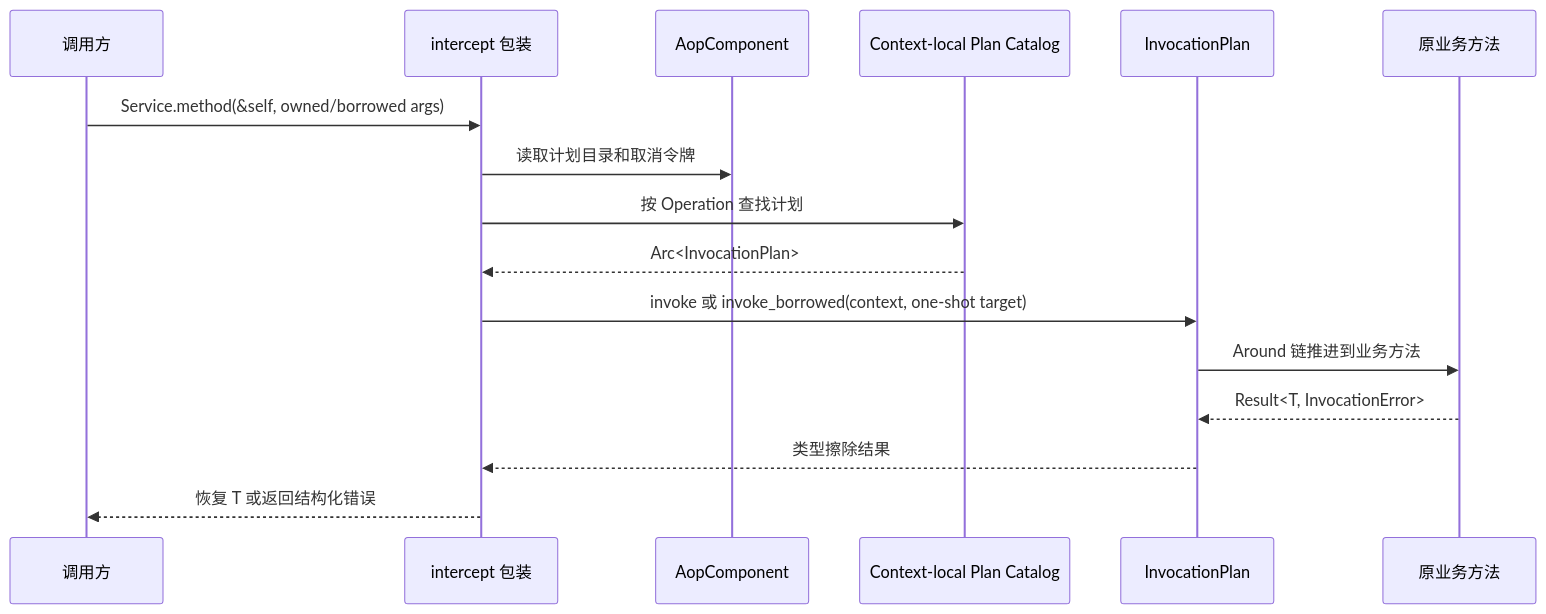
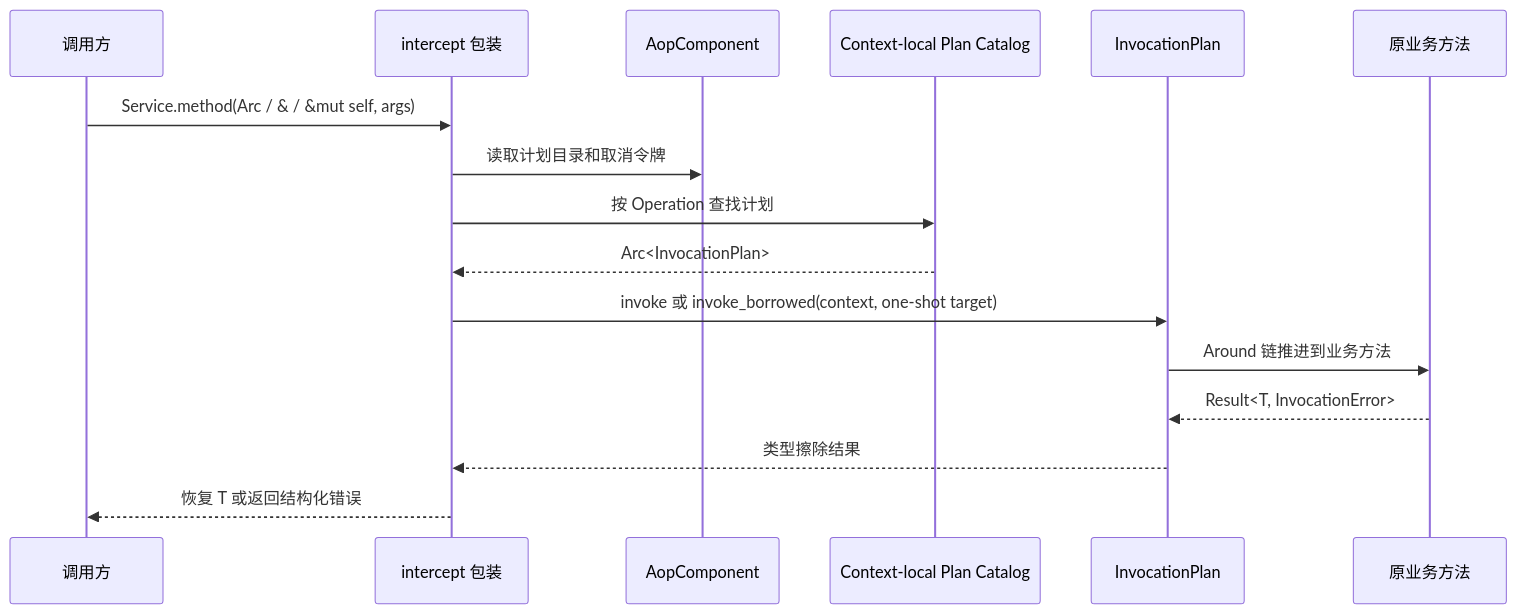
The tenth of 22 diagrams in docs/Vernal-Architecture.zh_CN.md (easy-4-rust/vernal), drawn with Mermaid before and after one commit. The commit also changed other lines of this file and 15 other files, not shown here.

````diff
--- a/docs/Vernal-Architecture.zh_CN.md
+++ b/docs/Vernal-Architecture.zh_CN.md
@@ -666,19 +676,19 @@
 ```mermaid
 sequenceDiagram
     participant Caller as 调用方
     participant Macro as intercept 包装
     participant Component as AopComponent
     participant Catalog as Context-local Plan Catalog
     participant Plan as InvocationPlan
     participant Target as 原业务方法
 
-    Caller->>Macro: Service.method(&self, owned/borrowed args)
+    Caller->>Macro: Service.method(Arc / & / &mut self, args)
     Macro->>Component: 读取计划目录和取消令牌
     Macro->>Catalog: 按 Operation 查找计划
     Catalog-->>Macro: Arc<InvocationPlan>
     Macro->>Plan: invoke 或 invoke_borrowed(context, one-shot target)
     Plan->>Target: Around 链推进到业务方法
     Target-->>Plan: Result<T, InvocationError>
     Plan-->>Macro: 类型擦除结果
     Macro-->>Caller: 恢复 T 或返回结构化错误
 ```
````
